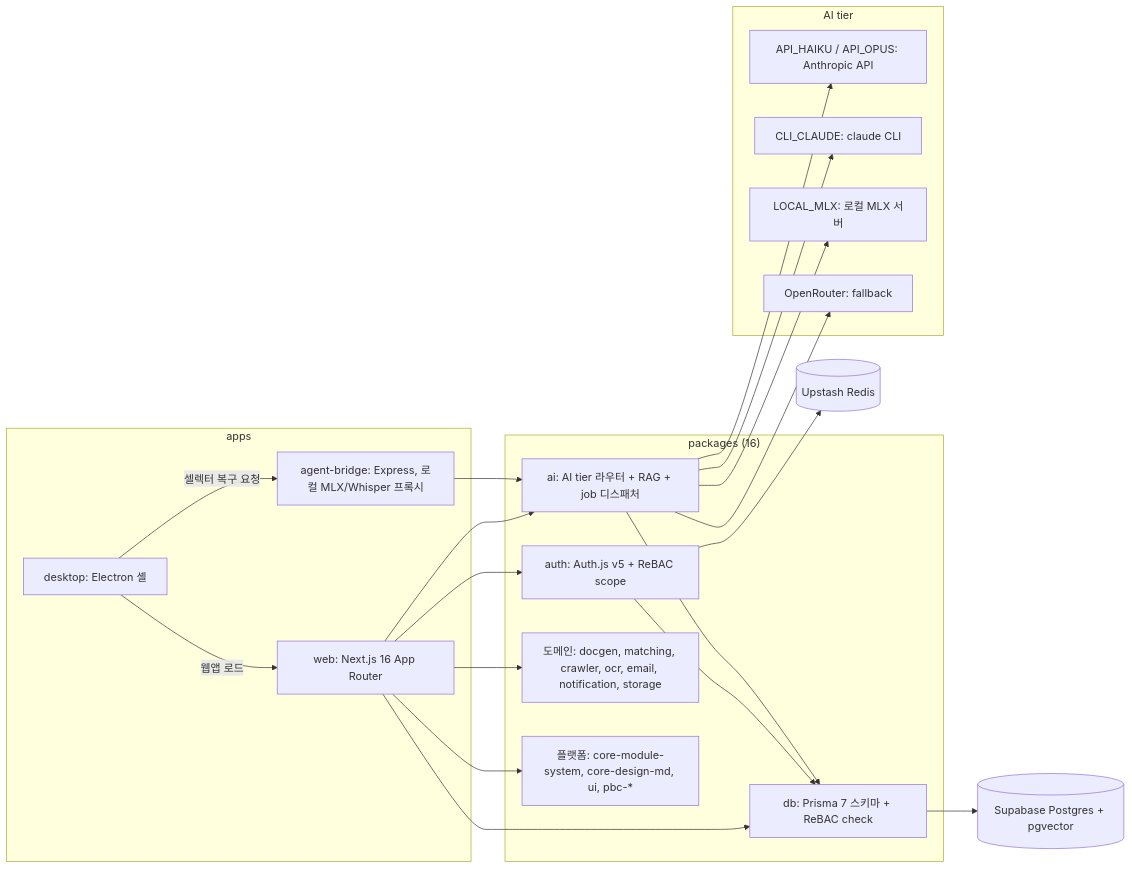
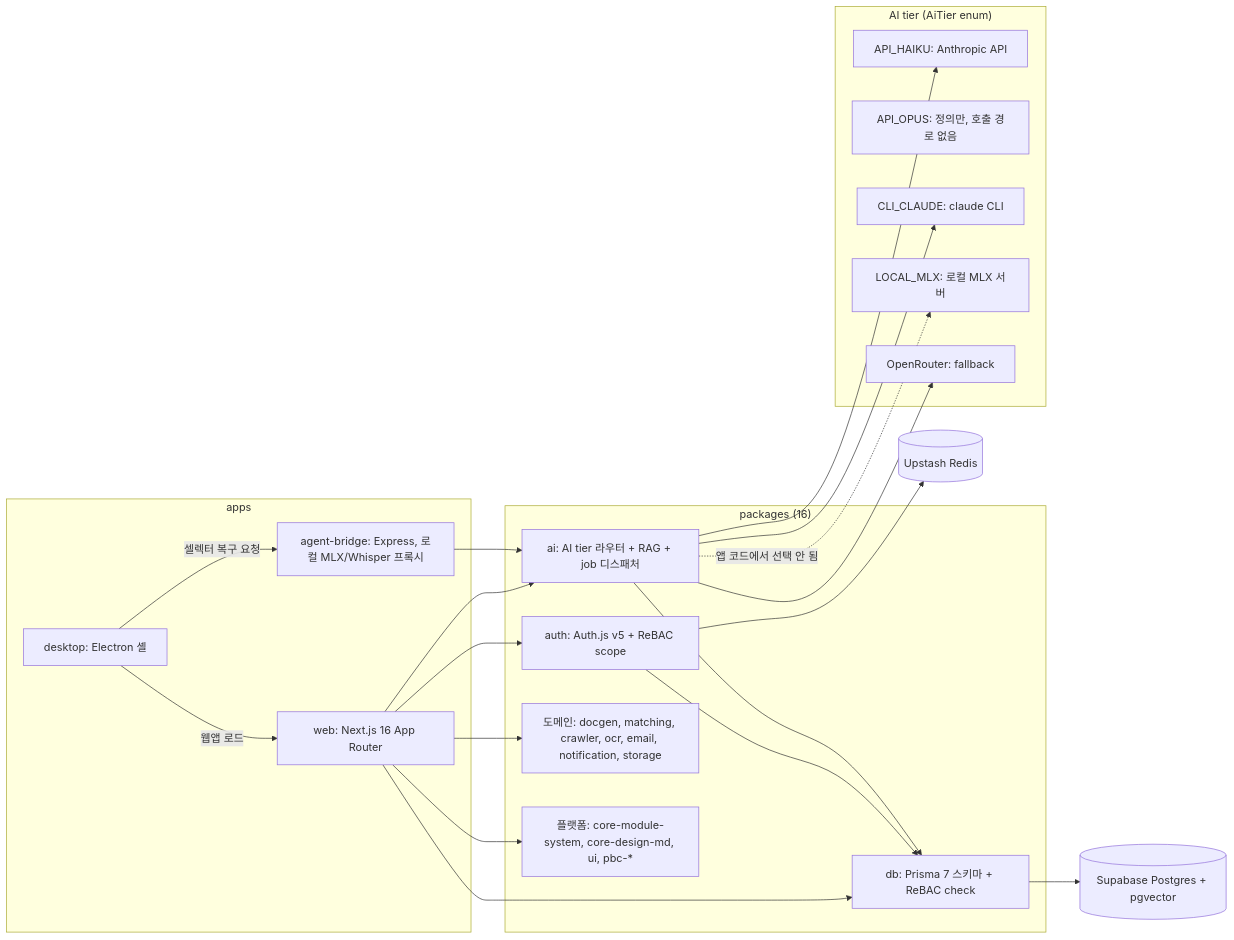
Before and after one commit to flowcoder2025/axle: the diagram in README.md, drawn with Mermaid. The commit also changed other lines of this file, not shown here.

First line of the commit message:
WI-docs README 리뷰 반영 (AI tier 실제 동작, TODO 미구현 항목, 측정 명령 보강)

````diff
--- a/README.md
+++ b/README.md
@@ -38,39 +38,40 @@
 ```mermaid
 flowchart LR
   subgraph APPS["apps"]
     web["web: Next.js 16 App Router"]
     bridge["agent-bridge: Express, 로컬 MLX/Whisper 프록시"]
     desktop["desktop: Electron 셸"]
   end
   subgraph PKGS["packages (16)"]
     auth["auth: Auth.js v5 + ReBAC scope"]
     ai["ai: AI tier 라우터 + RAG + job 디스패처"]
     db["db: Prisma 7 스키마 + ReBAC check"]
     domain["도메인: docgen, matching, crawler, ocr, email, notification, storage"]
     platform["플랫폼: core-module-system, core-design-md, ui, pbc-*"]
   end
   pg[("Supabase Postgres + pgvector")]
   redis[("Upstash Redis")]
-  subgraph TIERS["AI tier"]
-    haiku["API_HAIKU / API_OPUS: Anthropic API"]
+  subgraph TIERS["AI tier (AiTier enum)"]
+    haiku["API_HAIKU: Anthropic API"]
+    opus["API_OPUS: 정의만, 호출 경로 없음"]
     cli["CLI_CLAUDE: claude CLI"]
     mlx["LOCAL_MLX: 로컬 MLX 서버"]
     openrouter["OpenRouter: fallback"]
   end
   web --> auth
   web --> ai
   web --> db
   web --> domain
   web --> platform
   desktop -->|"웹앱 로드"| web
   desktop -->|"셀렉터 복구 요청"| bridge
   bridge --> ai
   auth --> db
   auth --> redis
   ai --> db
   db --> pg
   ai --> haiku
   ai --> cli
-  ai --> mlx
+  ai -.->|"앱 코드에서 선택 안 됨"| mlx
   ai --> openrouter
 ```
````
